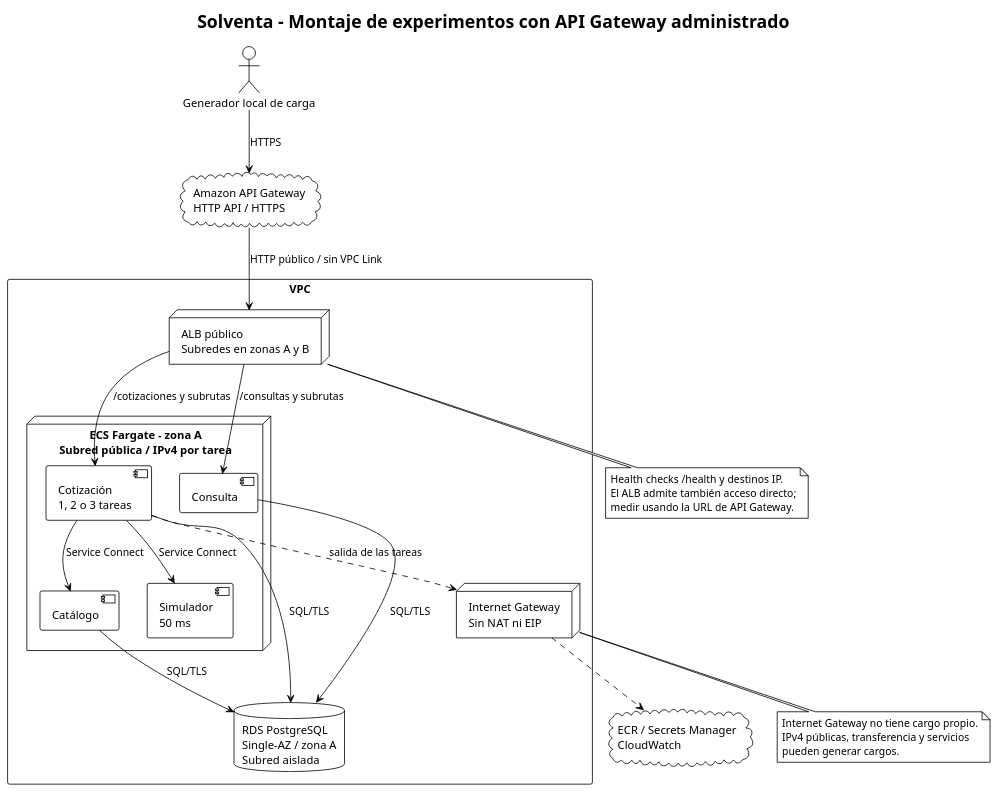
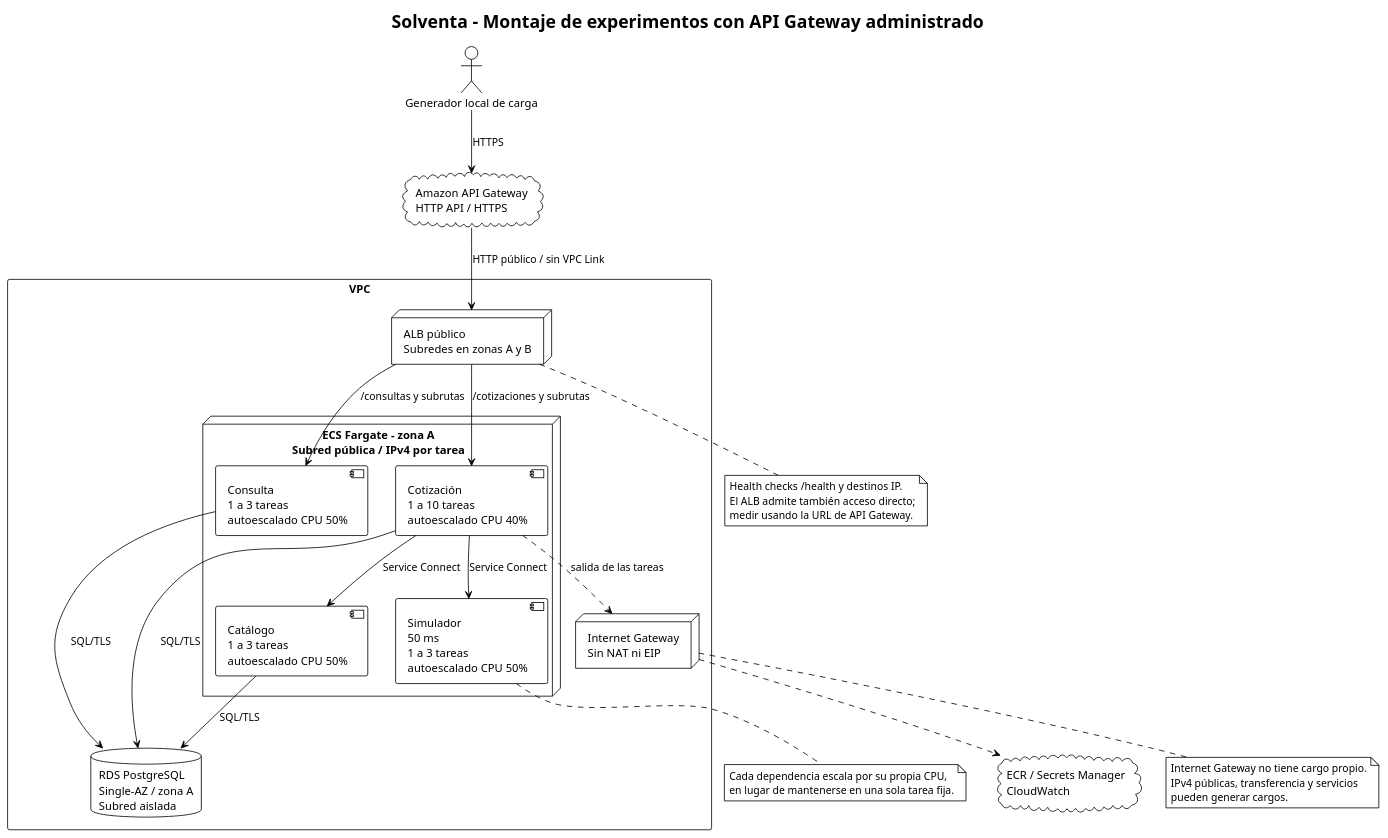
Before and after one commit to sjfuentes-uniandes/proyecto-final: the diagram in docs/diagramas/experimento_aws.puml, drawn with PlantUML. The commit also changed 11 other files, not shown here.

Commit message:
diagramas ajustados

```diff
--- a/docs/diagramas/experimento_aws.puml
+++ b/docs/diagramas/experimento_aws.puml
@@ -1,39 +1,43 @@
 @startuml
 title Solventa - Montaje de experimentos con API Gateway administrado
 !theme plain
 actor "Generador local de carga" as Load
 cloud "Amazon API Gateway\nHTTP API / HTTPS" as API
 rectangle "VPC" {
   node "ALB público\nSubredes en zonas A y B" as ALB
   node "ECS Fargate - zona A\nSubred pública / IPv4 por tarea" {
-    component "Cotización\n1, 2 o 3 tareas" as Quote
-    component "Consulta" as Query
-    component "Catálogo" as Catalog
-    component "Simulador\n50 ms" as Stub
+    component "Cotización\n1 a 10 tareas\nautoescalado CPU 40%" as Quote
+    component "Consulta\n1 a 3 tareas\nautoescalado CPU 50%" as Query
+    component "Catálogo\n1 a 3 tareas\nautoescalado CPU 50%" as Catalog
+    component "Simulador\n50 ms\n1 a 3 tareas\nautoescalado CPU 50%" as Stub
   }
   database "RDS PostgreSQL\nSingle-AZ / zona A\nSubred aislada" as DB
   node "Internet Gateway\nSin NAT ni EIP" as IGW
 }
 cloud "ECR / Secrets Manager\nCloudWatch" as AWS
 Load --> API : HTTPS
 API --> ALB : HTTP público / sin VPC Link
 ALB --> Quote : /cotizaciones y subrutas
 ALB --> Query : /consultas y subrutas
 Quote --> Catalog : Service Connect
 Quote --> Stub : Service Connect
 Quote --> DB : SQL/TLS
 Query --> DB : SQL/TLS
 Catalog --> DB : SQL/TLS
 Quote ..> IGW : salida de las tareas
 IGW ..> AWS
 note bottom of ALB
 Health checks /health y destinos IP.
 El ALB admite también acceso directo;
 medir usando la URL de API Gateway.
 end note
 note bottom of IGW
 Internet Gateway no tiene cargo propio.
 IPv4 públicas, transferencia y servicios
 pueden generar cargos.
 end note
+note bottom of Stub
+Cada dependencia escala por su propia CPU,
+en lugar de mantenerse en una sola tarea fija.
+end note
 @enduml
```
